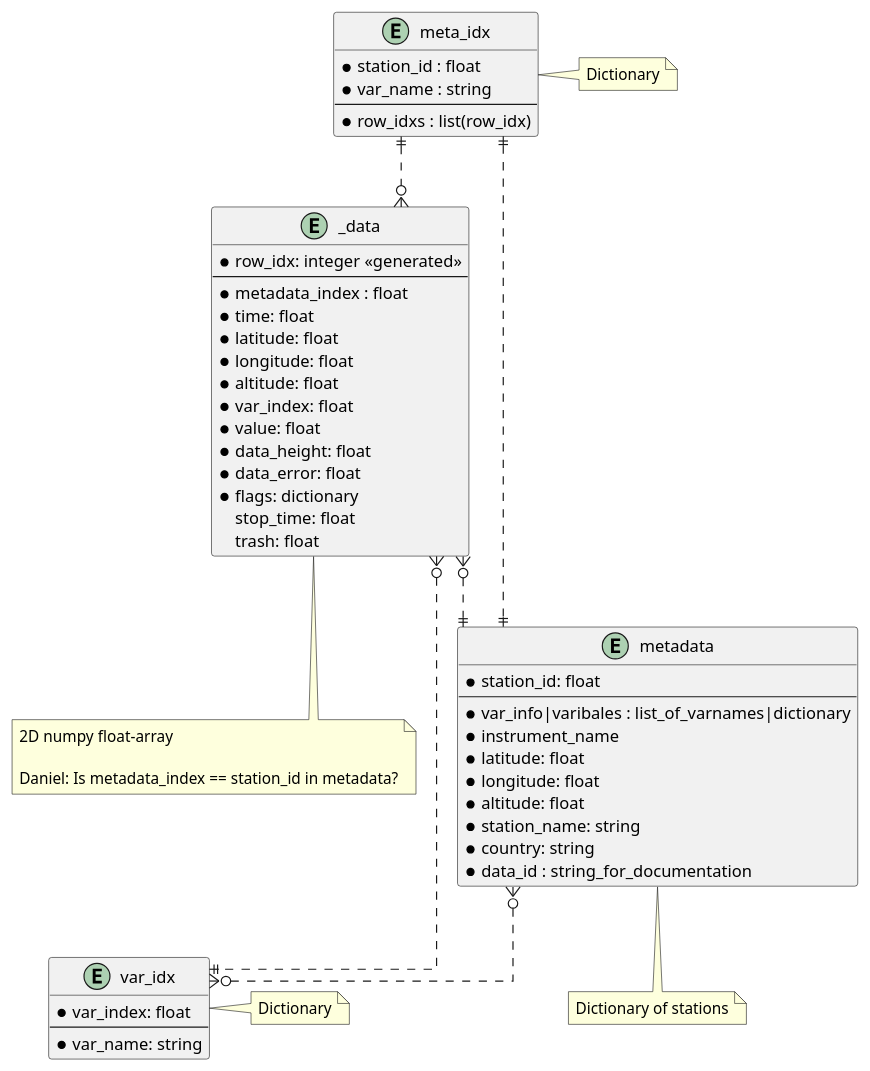
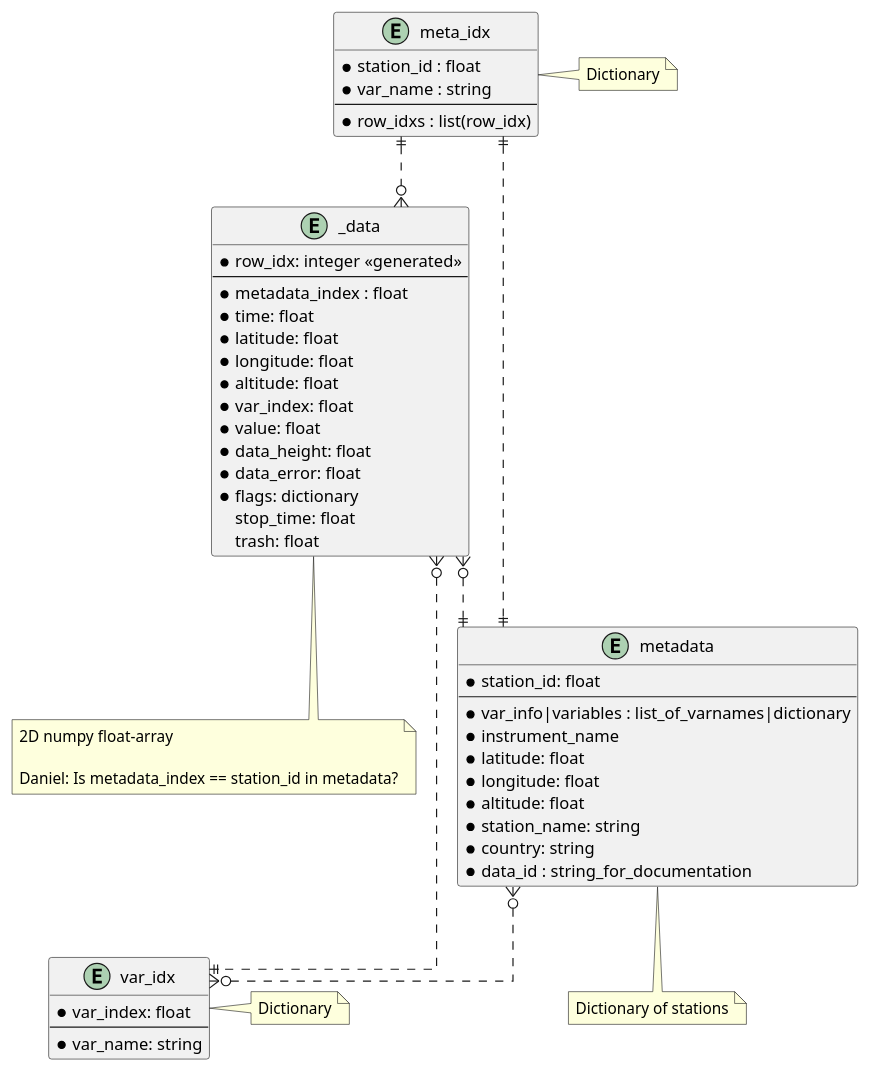
One commit to metno/pyaro changed the diagram in docs/puml/UngriddedData.puml. Above: the diagram before and after it, drawn with PlantUML. The commit also changed 10 other files, not shown here.

```diff
--- a/docs/puml/UngriddedData.puml
+++ b/docs/puml/UngriddedData.puml
@@ -1,71 +1,71 @@
 @startuml
 ' hide the spot
 ' hide circle
 
 ' avoid problems with angled crows feet
 skinparam linetype ortho
 
 entity "_data" {
   *row_idx: integer <<generated>>
   --
   *metadata_index : float
   *time: float
   *latitude: float
   *longitude: float
   *altitude: float
   *var_index: float
   *value: float
   *data_height: float
   *data_error: float
   *flags: dictionary
   stop_time: float
   trash: float
 }
 note bottom of _data
 2D numpy float-array
 
 Daniel: Is metadata_index == station_id in metadata?
 end note
 
 entity "metadata" {
   *station_id: float
   --
-  *var_info|varibales : list_of_varnames|dictionary
+  *var_info|variables : list_of_varnames|dictionary
   *instrument_name
   *latitude: float
   *longitude: float
   *altitude: float
   *station_name: string
   *country: string
   *data_id : string_for_documentation
 }
 note bottom of metadata
 Dictionary of stations
 end note
 
 entity "meta_idx" {
   *station_id : float
   *var_name : string
   --
   *row_idxs : list(row_idx)
 }
 note right of meta_idx
 Dictionary
 end note
 
 entity "var_idx" {
   *var_index: float
   --
   *var_name: string
 }
 note right of var_idx
 Dictionary
 end note
 
 _data }o..|| metadata
 _data }o..|| var_idx
 meta_idx ||..o{ _data
 metadata }o..o{ var_idx
 meta_idx ||..|| metadata
 '_data |o..o{
 @enduml
```
